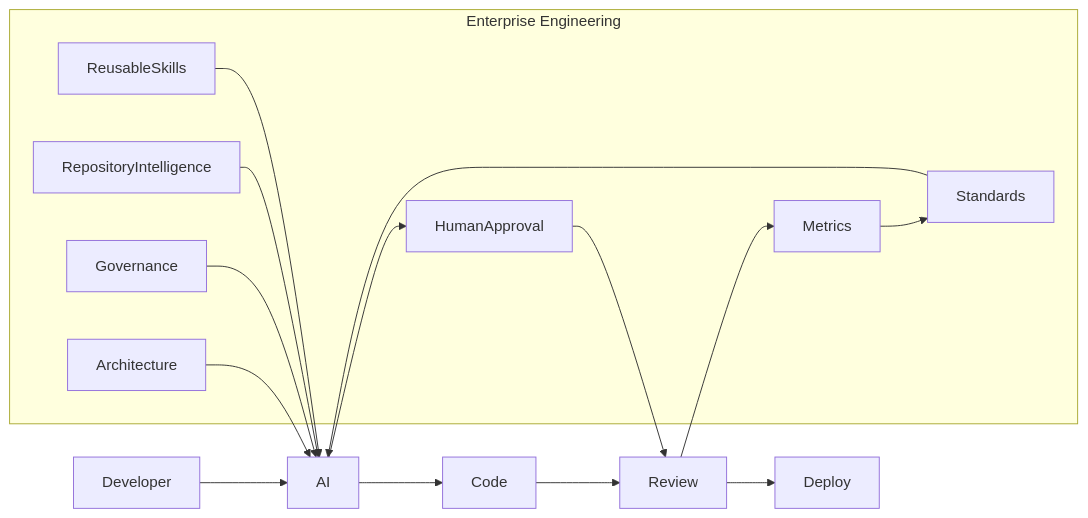
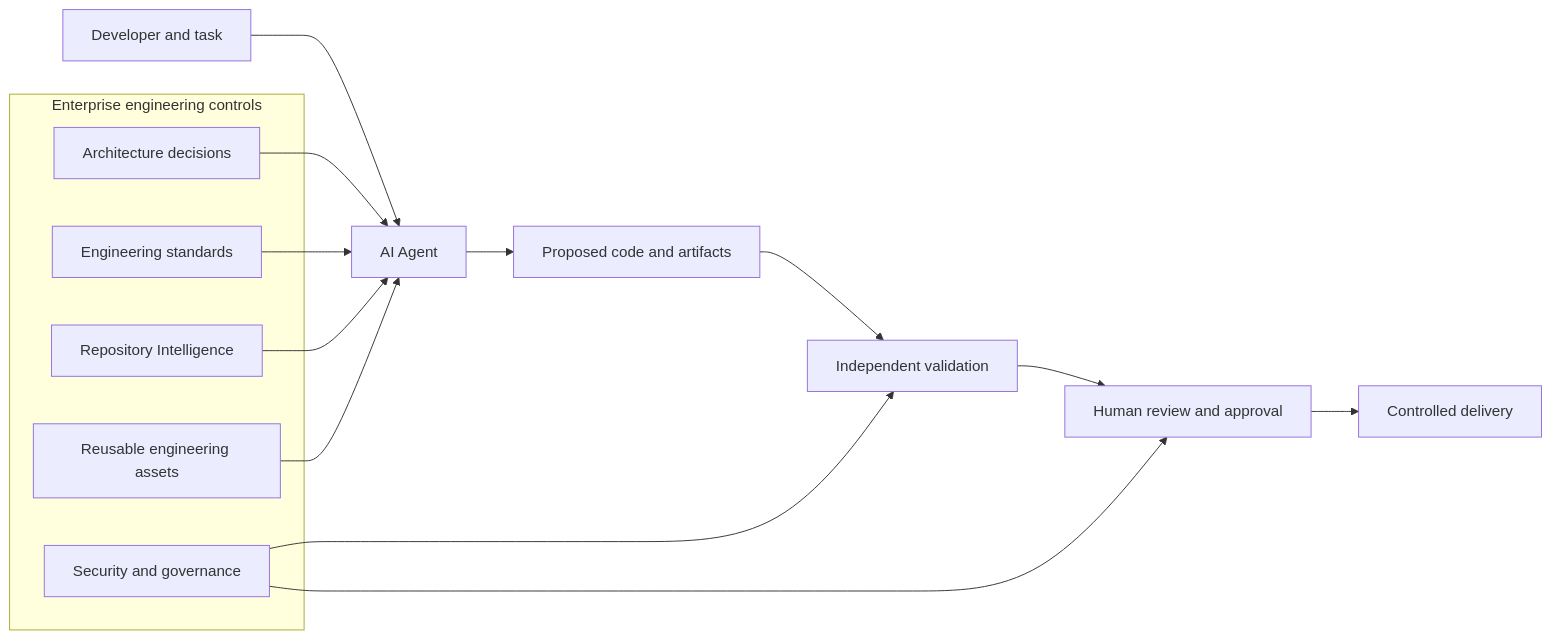
Before and after one commit to sheikh-zeeshan/Enterprise-AI-Engineering-Handbook: the first of 8 diagrams in book/04-enterprise-ai-engineering.md, drawn with Mermaid. The commit also changed other lines of this file and 49 other files, not shown here.

````diff
--- a/book/04-enterprise-ai-engineering.md
+++ b/book/04-enterprise-ai-engineering.md
@@ -255,28 +60,21 @@
 ```mermaid
 flowchart LR
-
-Developer --> AI
-AI --> Code
-Code --> Review
-Review --> Deploy
-
-subgraph Enterprise Engineering
-Architecture
-Governance
-Standards
-RepositoryIntelligence
-ReusableSkills
-HumanApproval
-Metrics
-end
-
-Architecture --> AI
-Governance --> AI
-Standards --> AI
-RepositoryIntelligence --> AI
-ReusableSkills --> AI
-AI --> HumanApproval
-HumanApproval --> Review
-Review --> Metrics
-Metrics --> Standards
+    Developer["Developer and task"] --> Agent["AI Agent"]
+    Agent --> Change["Proposed code and artifacts"]
+    Change --> Gates["Independent validation"]
+    Gates --> Review["Human review and approval"]
+    Review --> Delivery["Controlled delivery"]
+    subgraph Controls["Enterprise engineering controls"]
+        Architecture["Architecture decisions"]
+        Standards["Engineering standards"]
+        Context["Repository Intelligence"]
+        Assets["Reusable engineering assets"]
+        Governance["Security and governance"]
+    end
+    Architecture --> Agent
+    Standards --> Agent
+    Context --> Agent
+    Assets --> Agent
+    Governance --> Gates
+    Governance --> Review
 ```
````
